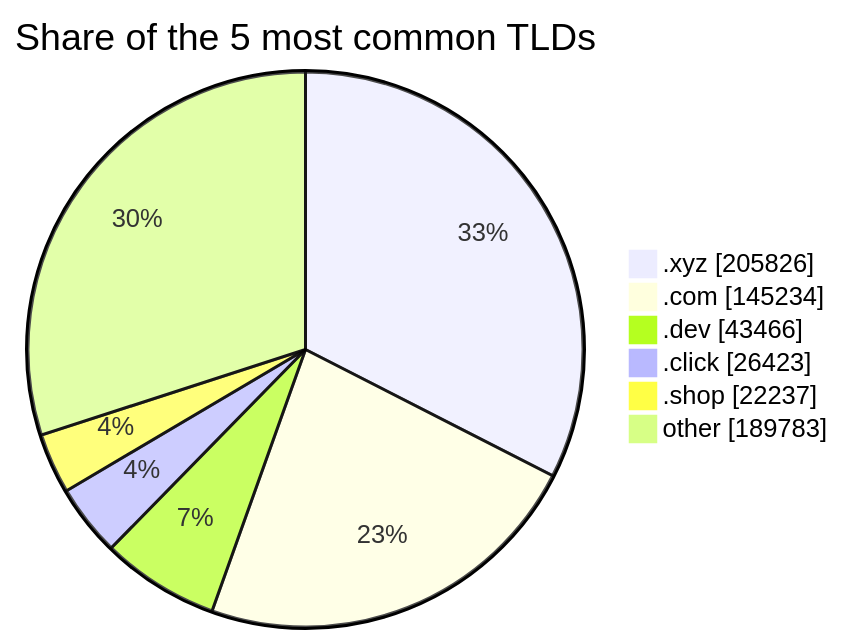
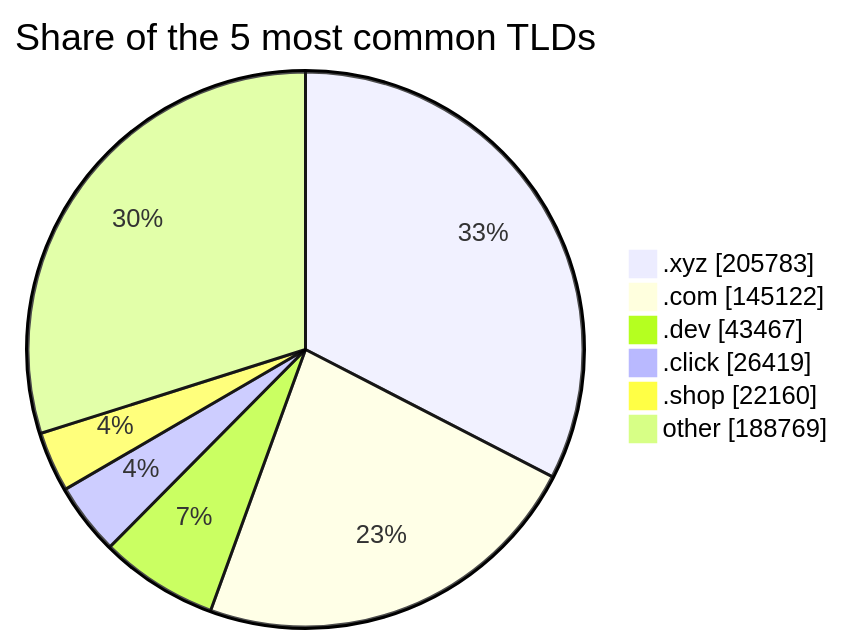
One commit to DNSBunker/CTI changed the third of 3 diagrams in README.md. Above: the diagram before and after it, drawn with Mermaid. The commit also changed other lines of this file and 3 other files, not shown here.

````diff
--- a/README.md
+++ b/README.md
@@ -81,9 +81,9 @@
 ```mermaid
 pie showData title Share of the 5 most common TLDs
-    ".xyz" : 205826
-    ".com" : 145234
-    ".dev" : 43466
-    ".click" : 26423
-    ".shop" : 22237
-    "other" : 189783
+    ".xyz" : 205783
+    ".com" : 145122
+    ".dev" : 43467
+    ".click" : 26419
+    ".shop" : 22160
+    "other" : 188769
 ```
````
